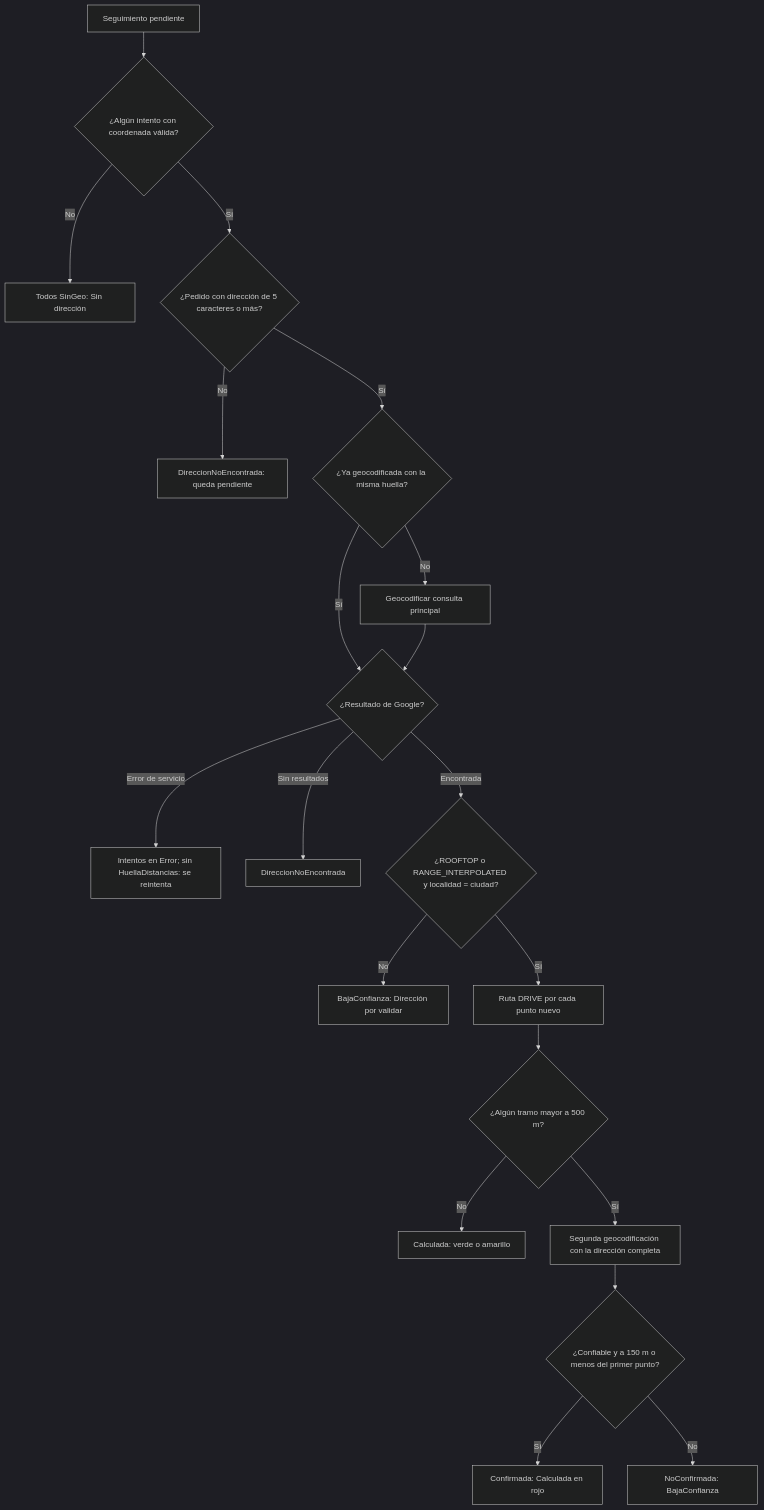
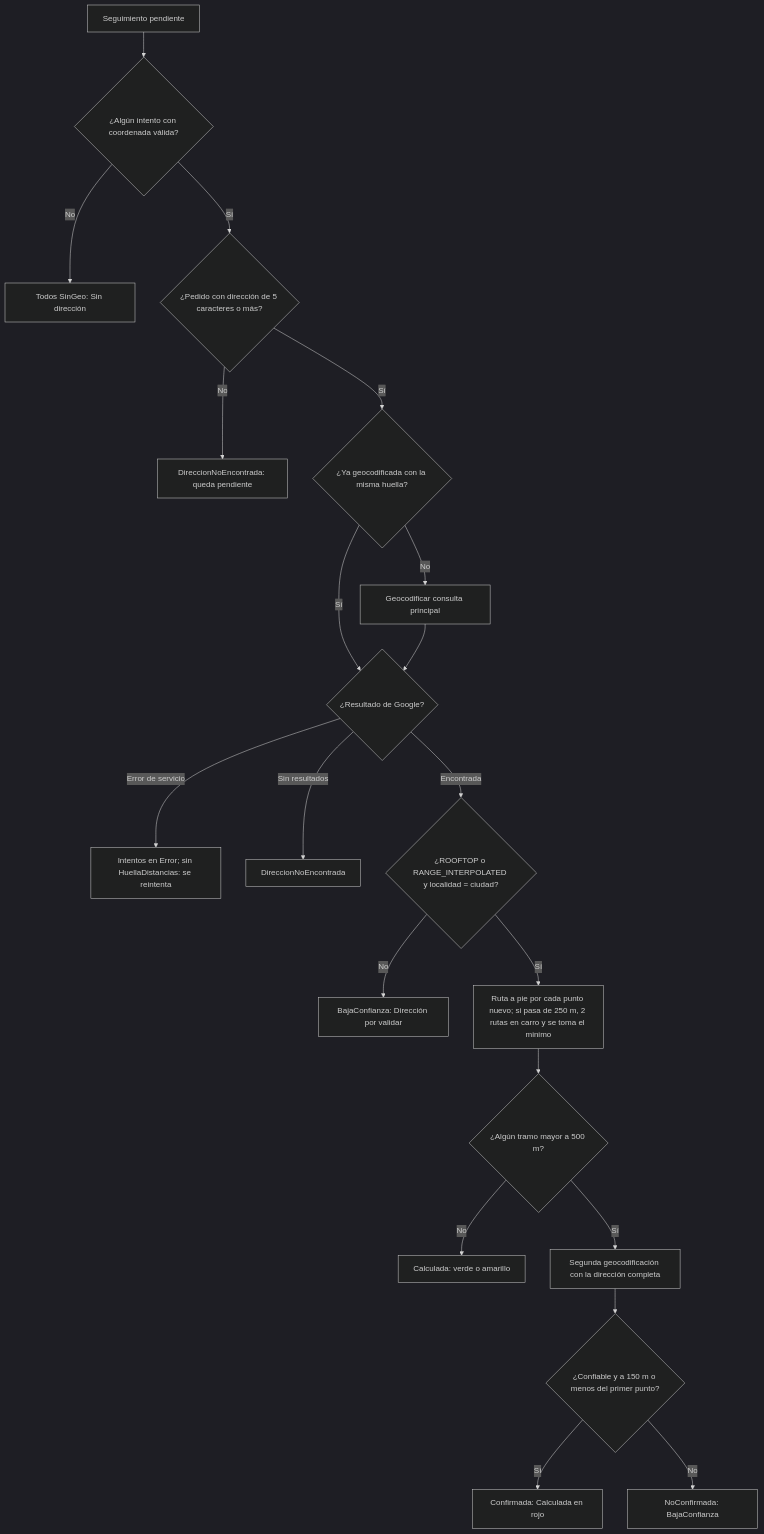
Before and after one commit to Iker-trabajo/LogiGho-Documentacion: the diagram in logigho-docs/docs/backend/lambdas-dotnet/aplicacion/Interrapidisimo/ApiLambdaNovedadesInter/dominio/reglas-distancia.md, drawn with Mermaid (dark theme). The commit also changed other lines of this file and 2 other files, not shown here.

Commit message:
docs(novedades): distancias v4 a v8 (ruta a pie, minimo con carro, direccion del mensajero) en funcion, reglas y modelos

````diff
--- a/logigho-docs/docs/backend/lambdas-dotnet/aplicacion/Interrapidisimo/ApiLambdaNovedadesInter/dominio/reglas-distancia.md
+++ b/logigho-docs/docs/backend/lambdas-dotnet/aplicacion/Interrapidisimo/ApiLambdaNovedadesInter/dominio/reglas-distancia.md
@@ -93,22 +126,22 @@
 ```mermaid
 flowchart TD
     A[Seguimiento pendiente] --> B{¿Algún intento con coordenada válida?}
     B -- No --> B1[Todos SinGeo: Sin dirección]
     B -- Sí --> C{¿Pedido con dirección de 5 caracteres o más?}
     C -- No --> C1[DireccionNoEncontrada: queda pendiente]
     C -- Sí --> D{¿Ya geocodificada con la misma huella?}
     D -- Sí --> F
     D -- No --> E[Geocodificar consulta principal]
     E --> F{¿Resultado de Google?}
     F -- Error de servicio --> F1[Intentos en Error; sin HuellaDistancias: se reintenta]
     F -- Sin resultados --> F2[DireccionNoEncontrada]
     F -- Encontrada --> G{¿ROOFTOP o RANGE_INTERPOLATED y localidad = ciudad?}
     G -- No --> G1[BajaConfianza: Dirección por validar]
-    G -- Sí --> H[Ruta DRIVE por cada punto nuevo]
+    G -- Sí --> H[Ruta a pie por cada punto nuevo; si pasa de 250 m, 2 rutas en carro y se toma el minimo]
     H --> I{¿Algún tramo mayor a 500 m?}
     I -- No --> J[Calculada: verde o amarillo]
     I -- Sí --> K[Segunda geocodificación con la dirección completa]
     K --> L{¿Confiable y a 150 m o menos del primer punto?}
     L -- Sí --> M[Confirmada: Calculada en rojo]
     L -- No --> N[NoConfirmada: BajaConfianza]
 ```
````
